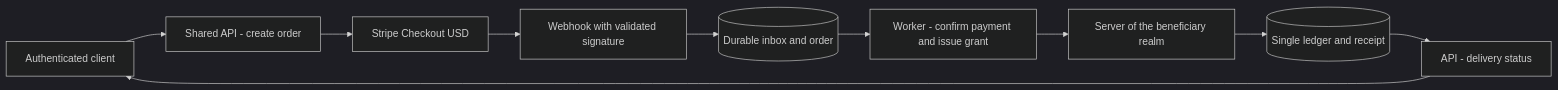
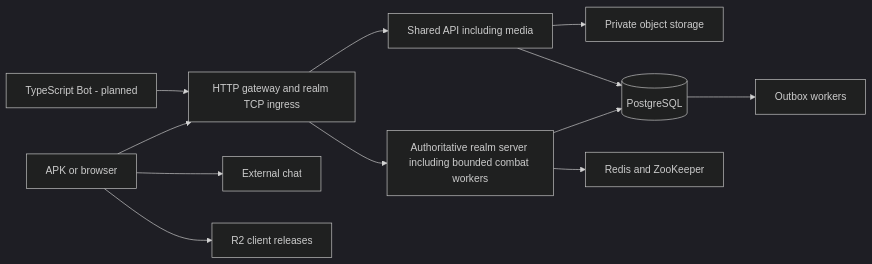
One commit to ReeseArch64/opencok changed the diagram in .github/ARCHITECTURE.md. Above: the diagram before and after it, drawn with Mermaid (dark theme). The commit also changed other lines of this file and 5 other files, not shown here.

Commit message:
docs(docs): condense architecture and extract focused design references

````diff
--- a/.github/ARCHITECTURE.md
+++ b/.github/ARCHITECTURE.md
@@ -2590,12 +40,14 @@
 ```mermaid
 flowchart LR
-  client[Authenticated client] --> api[Shared API - create order]
-  api --> checkout[Stripe Checkout USD]
-  checkout --> webhook[Webhook with validated signature]
-  webhook --> inbox[(Durable inbox and order)]
-  inbox --> worker[Worker - confirm payment and issue grant]
-  worker --> server[Server of the beneficiary realm]
-  server --> ledger[(Single ledger and receipt)]
-  ledger --> status[API - delivery status]
-  status --> client
+  client[APK or browser] --> edge[HTTP gateway and realm TCP ingress]
+  edge --> api[Shared API including media]
+  edge --> realm[Authoritative realm server including bounded combat workers]
+  api --> objects[Private object storage]
+  api --> pg[(PostgreSQL)]
+  realm --> pg
+  realm --> coordination[Redis and ZooKeeper]
+  pg --> outbox[Outbox workers]
+  client --> chat[External chat]
+  bot[TypeScript Bot - planned] --> edge
+  client --> releases[R2 client releases]
 ```
````
